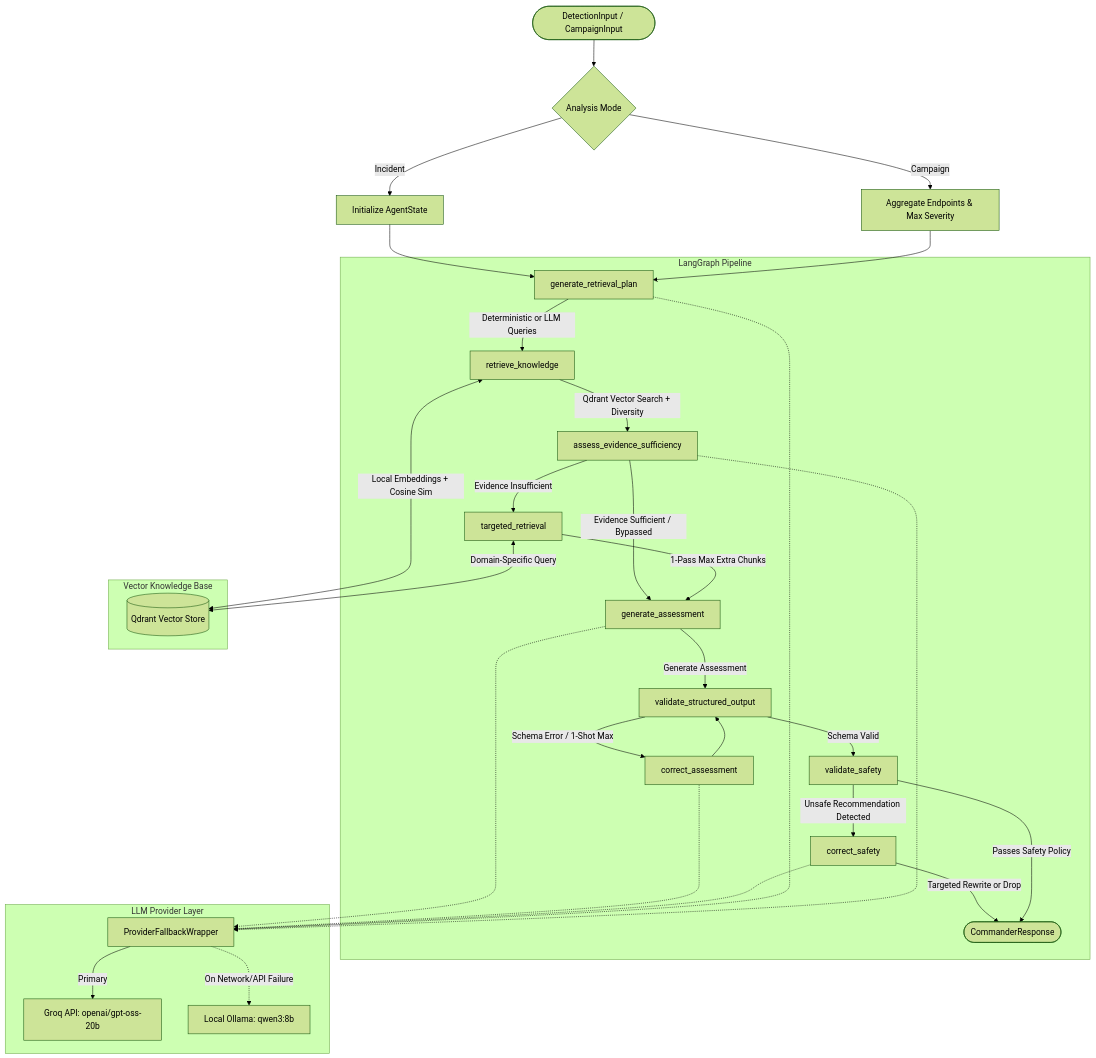
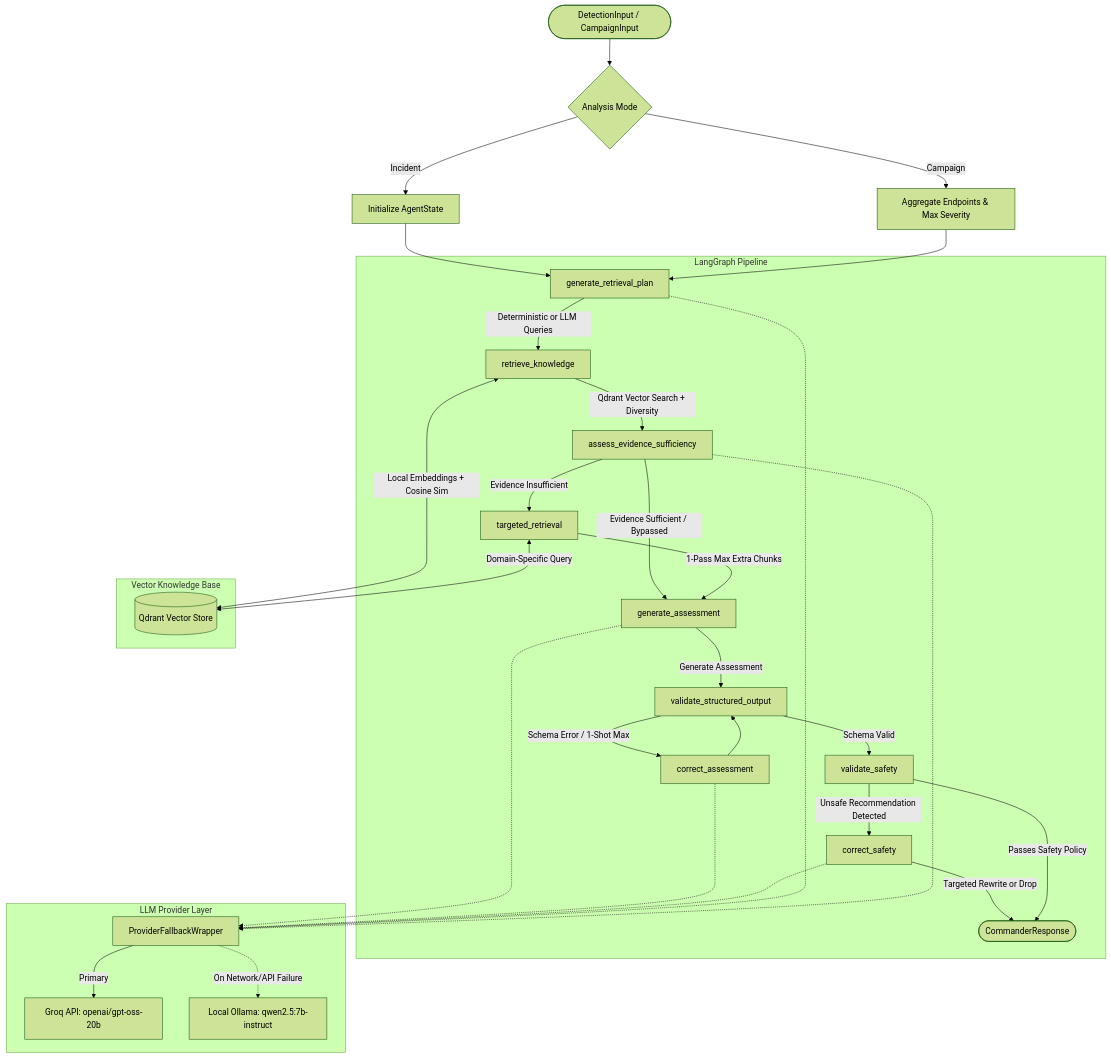
Before and after one commit to kushith19/SHIH039: the diagram in ai-com-v1/README.md, drawn with Mermaid (forest theme). The commit also changed other lines of this file and 2 other files, not shown here.

````diff
--- a/ai-com-v1/README.md
+++ b/ai-com-v1/README.md
@@ -59,46 +59,46 @@
 ```mermaid
 flowchart TD
     Start([DetectionInput / CampaignInput]) --> ModeSel{Analysis Mode}
     
     ModeSel -->|Incident| InitState[Initialize AgentState]
     ModeSel -->|Campaign| InitCampState[Aggregate Endpoints & Max Severity]
     
     InitState --> PlanNode[generate_retrieval_plan]
     InitCampState --> PlanNode
     
     subgraph LangGraph Pipeline
         PlanNode -->|Deterministic or LLM Queries| RetNode[retrieve_knowledge]
         RetNode -->|Qdrant Vector Search + Diversity| SuffNode[assess_evidence_sufficiency]
         
         SuffNode -->|Evidence Insufficient| TgtNode[targeted_retrieval]
         SuffNode -->|Evidence Sufficient / Bypassed| AssNode[generate_assessment]
         TgtNode -->|1-Pass Max Extra Chunks| AssNode
         
         AssNode -->|Generate Assessment| ValNode[validate_structured_output]
         
         ValNode -->|Schema Error / 1-Shot Max| CorrNode[correct_assessment]
         CorrNode --> ValNode
         
         ValNode -->|Schema Valid| SafeValNode[validate_safety]
         
         SafeValNode -->|Unsafe Recommendation Detected| SafeCorrNode[correct_safety]
         SafeCorrNode -->|Targeted Rewrite or Drop| EndNode([CommanderResponse])
         SafeValNode -->|Passes Safety Policy| EndNode
     end
     
     subgraph LLM Provider Layer
         AssNode -.-> Wrapper[ProviderFallbackWrapper]
         CorrNode -.-> Wrapper
         SafeCorrNode -.-> Wrapper
         PlanNode -.-> Wrapper
         SuffNode -.-> Wrapper
         
         Wrapper -->|Primary| Groq[Groq API: openai/gpt-oss-20b]
-        Wrapper -.->|On Network/API Failure| Ollama[Local Ollama: qwen3:8b]
+        Wrapper -.->|On Network/API Failure| Ollama[Local Ollama: qwen2.5:7b-instruct]
     end
 
     subgraph Vector Knowledge Base
         RetNode <-->|Local Embeddings + Cosine Sim| Qdrant[(Qdrant Vector Store)]
         TgtNode <-->|Domain-Specific Query| Qdrant
     end
 ```
````
